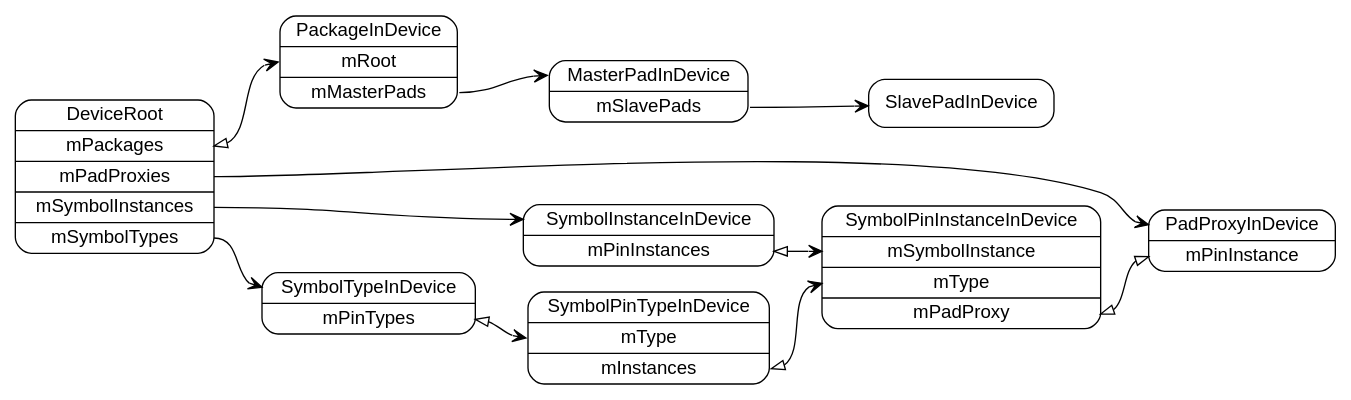
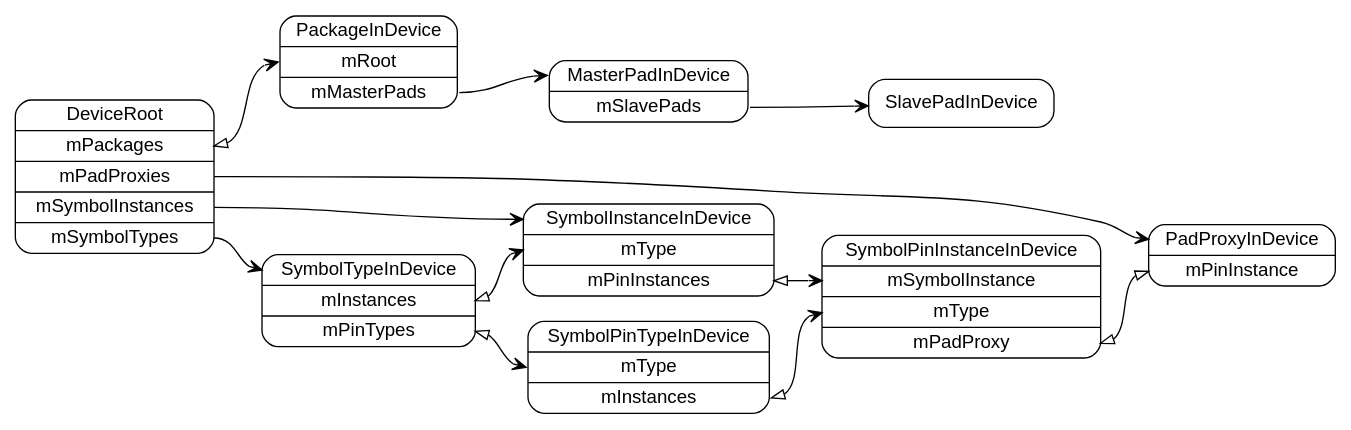
The diagram in models/ElCanari.device.dot (pierremolinaro/ElCanari-dev), drawn with Graphviz before and after one commit. The commit also changed 3 other files, not shown here.

```diff
--- a/models/ElCanari.device.dot
+++ b/models/ElCanari.device.dot
@@ -1,45 +1,47 @@
 digraph G {
   rankdir=LR ;
   node [shape=record fontname=helvetica style=rounded] ;
 
   DeviceRoot [label="DeviceRoot|<mPackages>mPackages|<mPadProxies>mPadProxies|<mSymbolInstances>mSymbolInstances|<mSymbolTypes>mSymbolTypes"] ;
 
   PackageInDevice [label="<PackageInDevice>PackageInDevice|<mRoot>mRoot|<mMasterPads>mMasterPads"] ;
 
   MasterPadInDevice [label="<MasterPadInDevice>MasterPadInDevice|<mSlavePads>mSlavePads"] ;
 
   PadProxyInDevice [label="<PadProxyInDevice>PadProxyInDevice|<mPinInstance>mPinInstance"] ;
 
   SlavePadInDevice [label="<SlavePadInDevice>SlavePadInDevice"] ;
 
-  SymbolInstanceInDevice [label="<SymbolInstanceInDevice>SymbolInstanceInDevice|<mPinInstances>mPinInstances"] ;
+  SymbolInstanceInDevice [label="<SymbolInstanceInDevice>SymbolInstanceInDevice|<mType>mType|<mPinInstances>mPinInstances"] ;
 
-  SymbolTypeInDevice [label="<SymbolTypeInDevice>SymbolTypeInDevice|<mPinTypes>mPinTypes"] ;
+  SymbolTypeInDevice [label="<SymbolTypeInDevice>SymbolTypeInDevice|<mInstances>mInstances|<mPinTypes>mPinTypes"] ;
 
   SymbolPinInstanceInDevice [label="<SymbolPinInstanceInDevice>SymbolPinInstanceInDevice|<mSymbolInstance>mSymbolInstance|<mType>mType|<mPadProxy>mPadProxy"] ;
 
   SymbolPinTypeInDevice [label="<SymbolPinTypeInDevice>SymbolPinTypeInDevice|<mType>mType|<mInstances>mInstances"] ;
 
 
 
 
   DeviceRoot:mPackages -> PackageInDevice:mRoot [dir=both arrowtail=onormal arrowhead=vee];
 
   PackageInDevice:mMasterPads -> MasterPadInDevice:MasterPadInDevice [dir=both arrowtail=none arrowhead=vee];
 
   MasterPadInDevice:mSlavePads -> SlavePadInDevice:SlavePadInDevice [dir=both arrowtail=none arrowhead=vee];
 
   DeviceRoot:mPadProxies -> PadProxyInDevice:PadProxyInDevice [dir=both arrowtail=none arrowhead=vee];
 
   DeviceRoot:mSymbolInstances -> SymbolInstanceInDevice:SymbolInstanceInDevice [dir=both arrowtail=none arrowhead=vee];
 
   SymbolInstanceInDevice:mPinInstances -> SymbolPinInstanceInDevice:mSymbolInstance [dir=both arrowtail=onormal arrowhead=vee] ;
 
   SymbolPinInstanceInDevice:mPadProxy -> PadProxyInDevice:mPinInstance [dir=both arrowtail=onormal arrowhead=onormal] ;
 
   DeviceRoot:mSymbolTypes -> SymbolTypeInDevice:SymbolTypeInDevice [dir=both arrowtail=none arrowhead=vee] ;
 
   SymbolTypeInDevice:mPinTypes -> SymbolPinTypeInDevice:mType [dir=both arrowtail=onormal arrowhead=vee] ;
 
   SymbolPinTypeInDevice:mInstances -> SymbolPinInstanceInDevice:mType [dir=both arrowtail=onormal arrowhead=vee] ;
+
+  SymbolTypeInDevice:mInstances -> SymbolInstanceInDevice:mType [dir=both arrowtail=onormal arrowhead=vee] ;
 }
```
